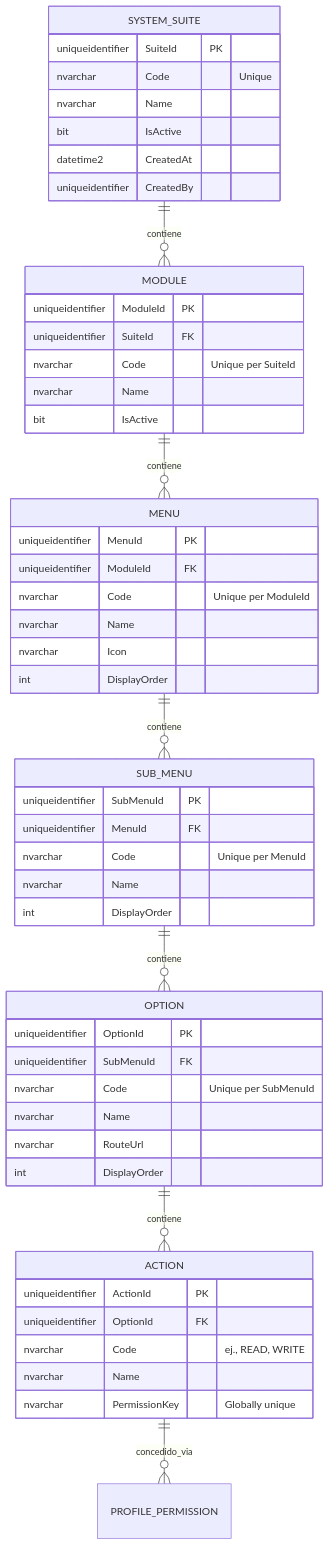
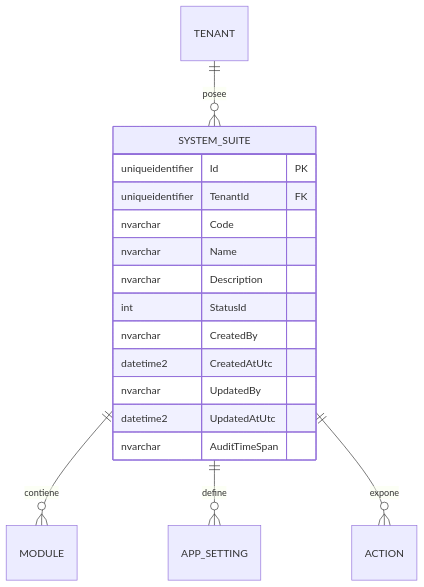
Before and after one commit to beyondnetcode/ums: the third of 3 diagrams in docs/domain-es/authorization/system-suite.md, drawn with Mermaid. The commit also changed other lines of this file and 19 other files, not shown here.

````diff
--- a/docs/domain-es/authorization/system-suite.md
+++ b/docs/domain-es/authorization/system-suite.md
@@ -274,55 +153,21 @@
 ```mermaid
 erDiagram
+    TENANT ||--o{ SYSTEM_SUITE : "posee"
     SYSTEM_SUITE ||--o{ MODULE : "contiene"
-    MODULE ||--o{ MENU : "contiene"
-    MENU ||--o{ SUB_MENU : "contiene"
-    SUB_MENU ||--o{ OPTION : "contiene"
-    OPTION ||--o{ ACTION : "contiene"
-    ACTION ||--o{ PROFILE_PERMISSION : "concedido_via"
+    SYSTEM_SUITE ||--o{ APP_SETTING : "define"
+    SYSTEM_SUITE ||--o{ ACTION : "expone"
 
     SYSTEM_SUITE {
-        uniqueidentifier SuiteId PK
-        nvarchar Code "Unique"
+        uniqueidentifier Id PK
+        uniqueidentifier TenantId FK
+        nvarchar Code
         nvarchar Name
-        bit IsActive
-        datetime2 CreatedAt
-        uniqueidentifier CreatedBy
-    }
-    MODULE {
-        uniqueidentifier ModuleId PK
-        uniqueidentifier SuiteId FK
-        nvarchar Code "Unique per SuiteId"
-        nvarchar Name
-        bit IsActive
-    }
-    MENU {
-        uniqueidentifier MenuId PK
-        uniqueidentifier ModuleId FK
-        nvarchar Code "Unique per ModuleId"
-        nvarchar Name
-        nvarchar Icon
-        int DisplayOrder
-    }
-    SUB_MENU {
-        uniqueidentifier SubMenuId PK
-        uniqueidentifier MenuId FK
-        nvarchar Code "Unique per MenuId"
-        nvarchar Name
-        int DisplayOrder
-    }
-    OPTION {
-        uniqueidentifier OptionId PK
-        uniqueidentifier SubMenuId FK
-        nvarchar Code "Unique per SubMenuId"
-        nvarchar Name
-        nvarchar RouteUrl
-        int DisplayOrder
-    }
-    ACTION {
-        uniqueidentifier ActionId PK
-        uniqueidentifier OptionId FK
-        nvarchar Code "ej., READ, WRITE"
-        nvarchar Name
-        nvarchar PermissionKey "Globally unique"
+        nvarchar Description
+        int StatusId
+        nvarchar CreatedBy
+        datetime2 CreatedAtUtc
+        nvarchar UpdatedBy
+        datetime2 UpdatedAtUtc
+        nvarchar AuditTimeSpan
     }
 ```
````
